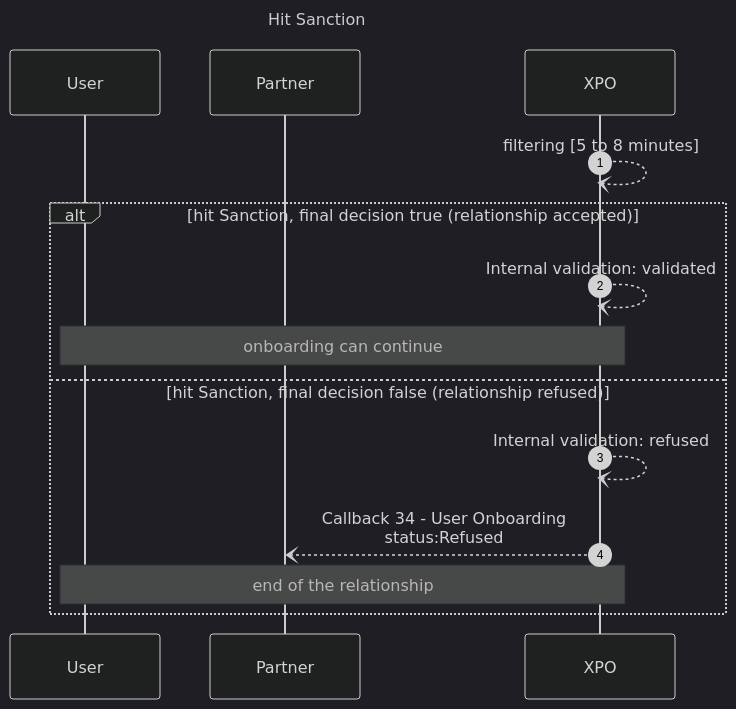
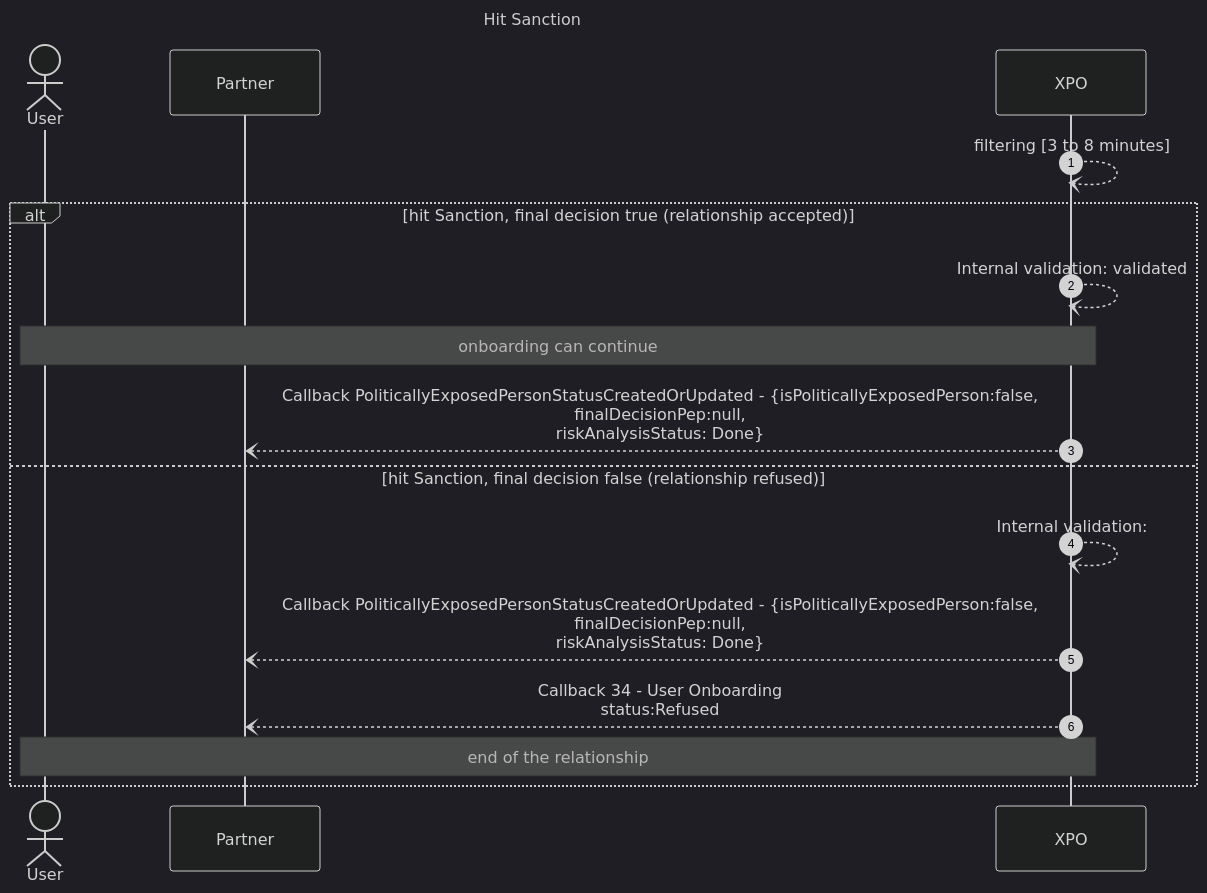
The third of 3 diagrams in docs/usecases/users/onboarding/4_filtering/filtering.md (pomme-clic/s-money-documentation), drawn with Mermaid (dark theme) before and after one commit. The commit also changed other lines of this file, not shown here.

First line of the commit message:
Update User Filtering Use Case

````diff
--- a/docs/usecases/users/onboarding/4_filtering/filtering.md
+++ b/docs/usecases/users/onboarding/4_filtering/filtering.md
@@ -95,19 +98,22 @@
 ```mermaid
 sequenceDiagram
 autoNumber
-Participant User
+Actor User
 Participant Partner
 Participant XPO
 Title Hit Sanction
-
-XPO --) XPO: filtering [5 to 8 minutes]
+XPO --) XPO: filtering [3 to 8 minutes]
 alt hit Sanction, final decision true (relationship accepted)
 		XPO --)XPO: Internal validation: validated
    Note over User, XPO: onboarding can continue
+    XPO --) Partner : Callback PoliticallyExposedPersonStatusCreatedOrUpdated - {isPoliticallyExposedPerson:false,<br/> finalDecisionPep:null,<br/> riskAnalysisStatus: Done}
+	
 
 else hit Sanction, final decision false (relationship refused)
-		XPO --)XPO: Internal validation: refused
+
+		XPO --)XPO: Internal validation: 
+		XPO --) Partner : Callback PoliticallyExposedPersonStatusCreatedOrUpdated - {isPoliticallyExposedPerson:false,<br/> finalDecisionPep:null,<br/> riskAnalysisStatus: Done}
 		XPO --) Partner : Callback 34 - User Onboarding<br/>status:Refused
 	Note over User, XPO: end of the relationship
 end
 ```
````
